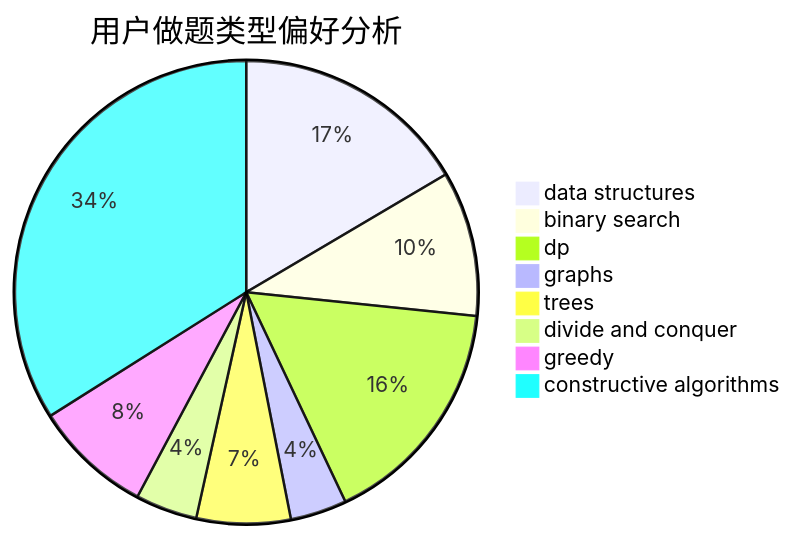
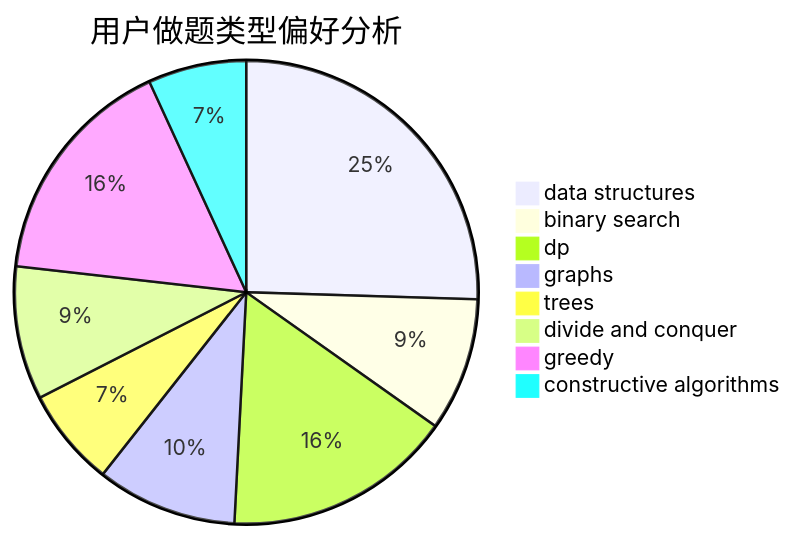
Before and after one commit to sherpahu/cfrs.github.io: the second of 3 diagrams in docs/user/u2247.md, drawn with Mermaid. The commit also changed other lines of this file and 2770 other files, not shown here.

````diff
--- a/docs/user/u2247.md
+++ b/docs/user/u2247.md
@@ -23,11 +23,11 @@
 ```mermaid
 pie title 用户做题类型偏好分析
-    "data structures" :  88
-    "binary search" :  54
-    "dp" :  87
-    "graphs" :  21
-    "trees" :  35
-    "divide and conquer" :  23
-    "greedy" :  44
-    "constructive algorithms" :  181
+    "data structures" :  156
+    "binary search" :  57
+    "dp" :  98
+    "graphs" :  60
+    "trees" :  42
+    "divide and conquer" :  57
+    "greedy" :  100
+    "constructive algorithms" :  42
 ```
````
